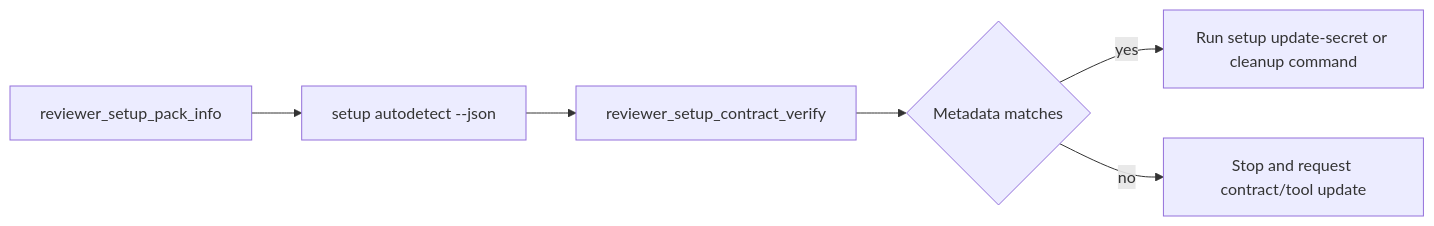
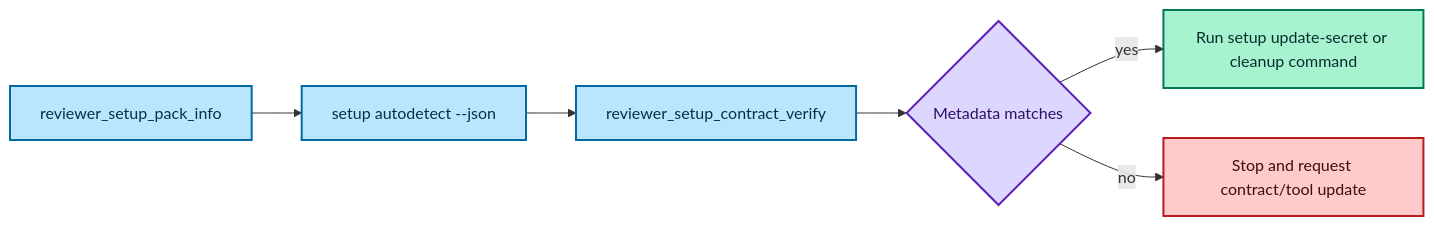
Before and after one commit to EvotecIT/IntelligenceX: the second of 2 diagrams in Docs/reviewer/web-onboarding.md, drawn with Mermaid. The commit also changed other lines of this file and 9 other files, not shown here.

Commit message:
feat(docs): theme-aware colorful mermaid diagrams across key workflows

````diff
--- a/Docs/reviewer/web-onboarding.md
+++ b/Docs/reviewer/web-onboarding.md
@@ -56,8 +69,19 @@
 ```mermaid
 flowchart LR
+  classDef bot fill:#BAE6FD,stroke:#0369A1,color:#082F49,stroke-width:2px;
+  classDef verify fill:#FDE68A,stroke:#B45309,color:#451A03,stroke-width:2px;
+  classDef ok fill:#A7F3D0,stroke:#047857,color:#052E2B,stroke-width:2px;
+  classDef stop fill:#FECACA,stroke:#B91C1C,color:#450A0A,stroke-width:2px;
+  classDef decision fill:#DDD6FE,stroke:#5B21B6,color:#2E1065,stroke-width:2px;
+
   A["reviewer_setup_pack_info"] --> B["setup autodetect --json"]
   B --> C["reviewer_setup_contract_verify"]
   C --> D{"Metadata matches"}
   D -->|yes| E["Run setup update-secret or cleanup command"]
   D -->|no| F["Stop and request contract/tool update"]
+
+  class A,B,C bot;
+  class D decision;
+  class E ok;
+  class F stop;
 ```
````
